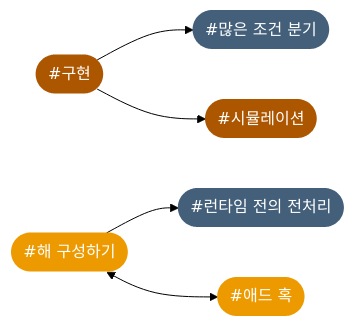
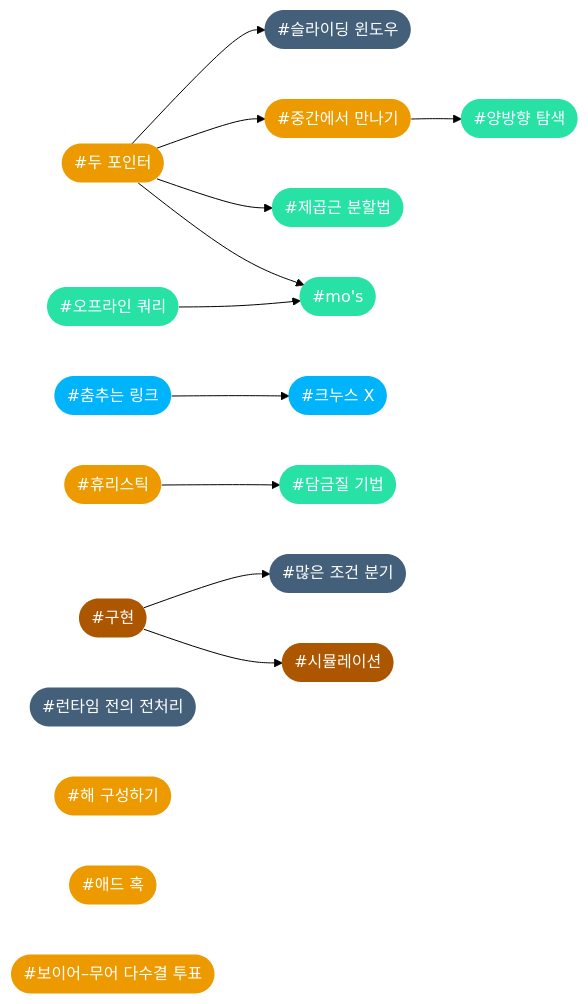
One commit to CHOYUNSIG/algorithm_with_boj changed diagram 13 of 13 in index.md. Above: the diagram before and after it, drawn with Mermaid (forest theme). The commit also changed other lines of this file and 1 other file, not shown here.

```diff
--- a/index.md
+++ b/index.md
@@ -751,22 +706,44 @@
 <pre class="mermaid">
     graph LR
 
+    #two_pointer --> #sliding_window
+    #two_pointer --> #mitm
+    #two_pointer --> #sqrt_decomposition
+    #two_pointer --> #mo
+    #offline_queries --> #mo
+    #mitm --> #bidirectional_search
+    #dancing_links --> #knuth_x
+    #heuristics --> #simulated_annealing
     #implementation --> #case_work
     #implementation --> #simulation
-    #constructive --> #precomputation
-    #constructive <--> #ad_hoc
+    #precomputation
+    #constructive
+    #ad_hoc
+    #majority_vote
 
+    #mo(["#mo's"]):::tier3
     #implementation(["#구현"]):::tier0
+    #simulated_annealing(["#담금질 기법"]):::tier3
+    #two_pointer(["#두 포인터"]):::tier2
     #precomputation(["#런타임 전의 전처리"]):::tier1
     #case_work(["#많은 조건 분기"]):::tier1
+    #majority_vote(["#보이어–무어 다수결 투표"]):::tier2
+    #sliding_window(["#슬라이딩 윈도우"]):::tier1
     #simulation(["#시뮬레이션"]):::tier0
     #ad_hoc(["#애드 혹"]):::tier2
+    #bidirectional_search(["#양방향 탐색"]):::tier3
+    #offline_queries(["#오프라인 쿼리"]):::tier3
+    #sqrt_decomposition(["#제곱근 분할법"]):::tier3
+    #mitm(["#중간에서 만나기"]):::tier2
+    #dancing_links(["#춤추는 링크"]):::tier4
+    #knuth_x(["#크누스 X"]):::tier4
     #constructive(["#해 구성하기"]):::tier2
+    #heuristics(["#휴리스틱"]):::tier2
 
     classDef tier0 fill:#ad5600, color:#fff, stroke:#0000
     classDef tier1 fill:#435f7a, color:#fff, stroke:#0000
     classDef tier2 fill:#ec9a00, color:#fff, stroke:#0000
     classDef tier3 fill:#27e2a4, color:#fff, stroke:#0000
     classDef tier4 fill:#00b4fc, color:#fff, stroke:#0000
     classDef tier5 fill:#ff0062, color:#fff, stroke:#0000
 </pre>
```
